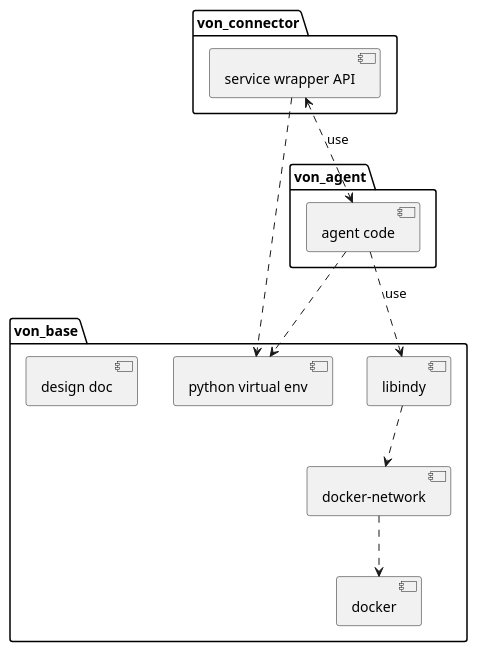
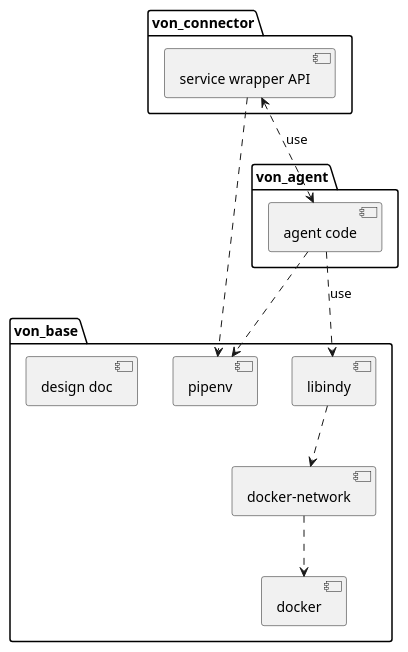
One commit to PSPC-SPAC-buyandsell/von_base changed the diagram in doc/pic/src/package.puml. Above: the diagram before and after it, drawn with PlantUML. The commit also changed 14 other files, not shown here.

Commit message:
document launch of pspc org book agent from sri agent, code changes accordingly

```diff
--- a/doc/pic/src/package.puml
+++ b/doc/pic/src/package.puml
@@ -1,24 +1,40 @@
 @startuml
+/'
+Copyright 2017 Government of Canada - Public Services and Procurement Canada - buyandsell.gc.ca
+
+Licensed under the Apache License, Version 2.0 (the "License");
+you may not use this file except in compliance with the License.
+You may obtain a copy of the License at
+
+http://www.apache.org/licenses/LICENSE-2.0
+
+Unless required by applicable law or agreed to in writing, software
+distributed under the License is distributed on an "AS IS" BASIS,
+WITHOUT WARRANTIES OR CONDITIONS OF ANY KIND, either express or implied.
+See the License for the specific language governing permissions and
+limitations under the License.
+'/
+
 package von_base {
     [docker] as docker
     [libindy] as libindy
     [docker-network] as docker_network
-    [python virtual env] as py_venv
+    [pipenv] as pipenv
     [design doc]
 }
 
 package von_agent {
     [agent code] as agent_code
 }
 
 package von_connector {
     [service wrapper API] as service_wrapper_api
 }
 
-service_wrapper_api ..> py_venv
-agent_code ..> py_venv
+service_wrapper_api ..> pipenv
+agent_code ..> pipenv
 service_wrapper_api <..> agent_code: use
 agent_code ..> libindy: use
 libindy .down.> docker_network
 docker_network .down.>docker
 @enduml
```
